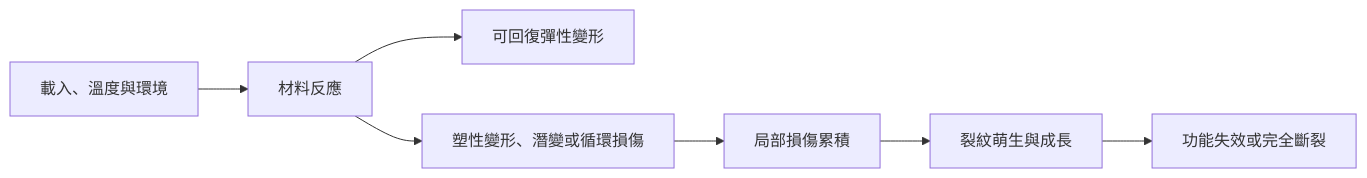
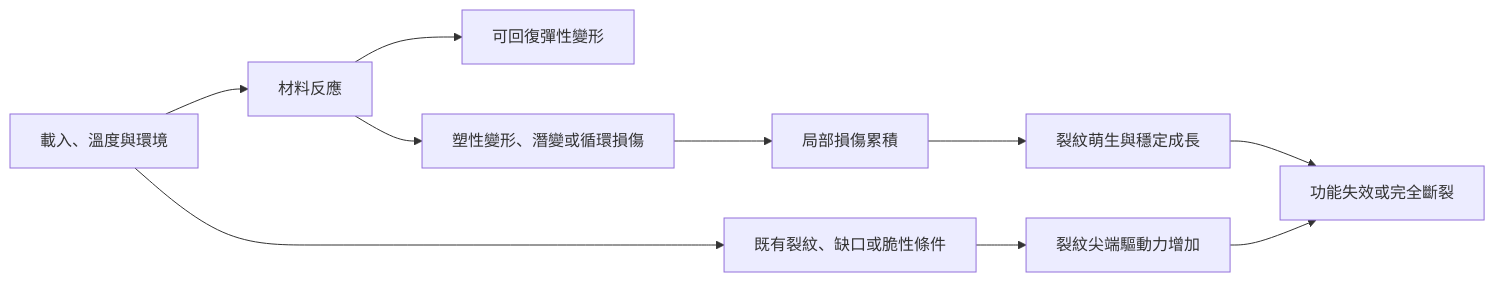
Before and after one commit to RocketWill/semiconductor-inspection-knowledge: the diagram in 01-materials-science/05-mechanical-properties-and-failure.md, drawn with Mermaid. The commit also changed other lines of this file and 4 other files, not shown here.

````diff
--- a/01-materials-science/05-mechanical-properties-and-failure.md
+++ b/01-materials-science/05-mechanical-properties-and-failure.md
@@ -27,9 +33,12 @@
 ```mermaid
 flowchart LR
     A["載入、溫度與環境"] --> B["材料反應"]
     B --> C["可回復彈性變形"]
     B --> D["塑性變形、潛變或循環損傷"]
     D --> E["局部損傷累積"]
-    E --> F["裂紋萌生與成長"]
+    E --> F["裂紋萌生與穩定成長"]
+    A --> H["既有裂紋、缺口或脆性條件"]
+    H --> I["裂紋尖端驅動力增加"]
     F --> G["功能失效或完全斷裂"]
+    I --> G
 ```
````
